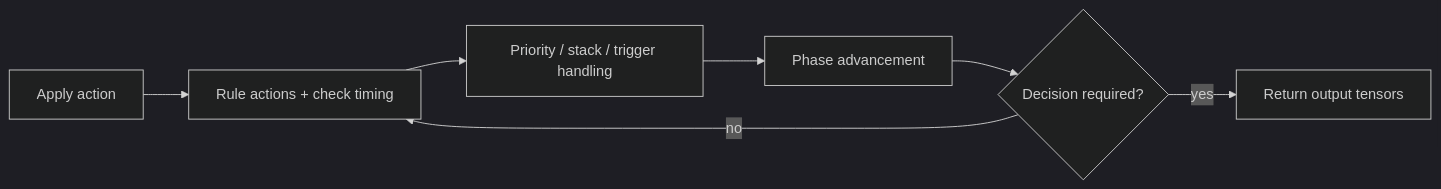
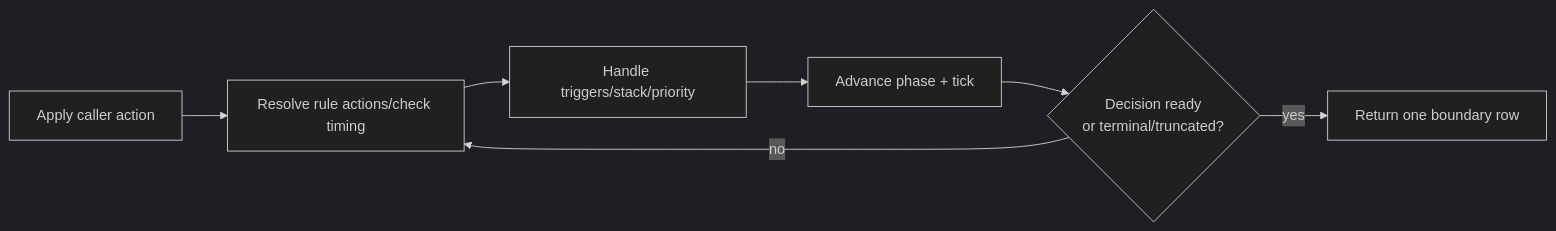
The second of 2 diagrams in docs/engine_architecture.md (victorwp288/weiss-schwarz-simulator), drawn with Mermaid (dark theme) before and after one commit. The commit also changed other lines of this file and 16 other files, not shown here.

````diff
--- a/docs/engine_architecture.md
+++ b/docs/engine_architecture.md
@@ -62,9 +30,9 @@
 ```mermaid
 flowchart LR
-  A["Apply action"] --> B["Rule actions + check timing"]
-  B --> C["Priority / stack / trigger handling"]
-  C --> D["Phase advancement"]
-  D --> E{"Decision required?"}
-  E -->|"yes"| F["Return output tensors"]
+  A["Apply caller action"] --> B["Resolve rule actions/check timing"]
+  B --> C["Handle triggers/stack/priority"]
+  C --> D["Advance phase + tick"]
+  D --> E{"Decision ready\nor terminal/truncated?"}
   E -->|"no"| B
+  E -->|"yes"| F["Return one boundary row"]
 ```
````
